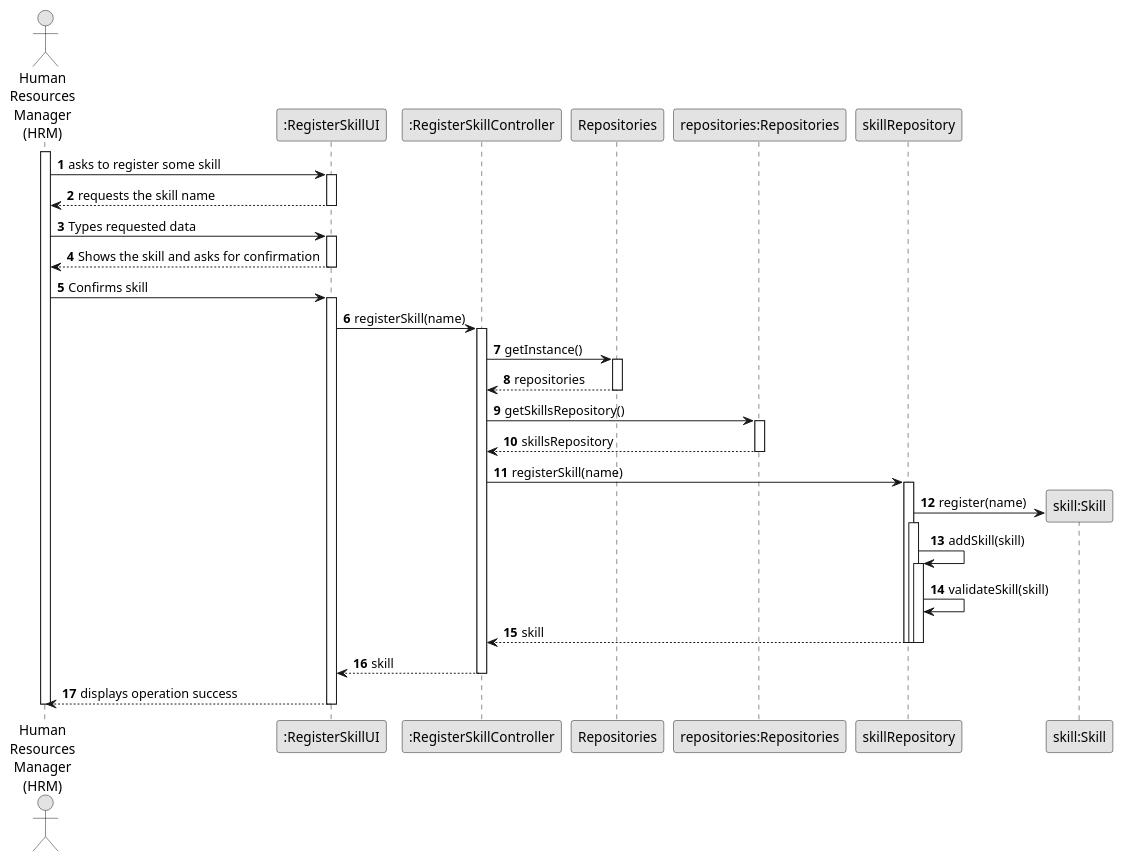
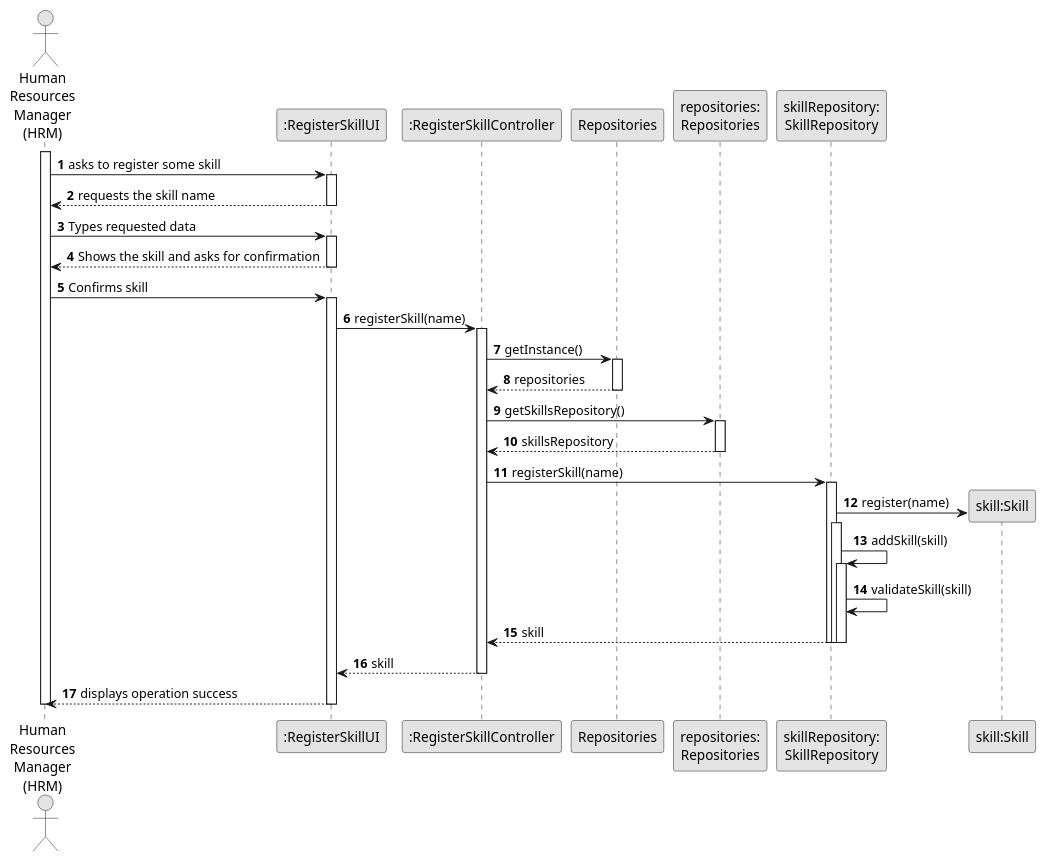
The diagram in docs/sprintB/us001/03.design/puml/us001-sequence-diagram-full.puml (diogoveirospro/lei-24-s2-1dg-g072), drawn with PlantUML before and after one commit. The commit also changed 27 other files, not shown here.

Commit message:
Changes to Sequence Diagrams for some USs

```diff
--- a/docs/sprintB/us001/03.design/puml/us001-sequence-diagram-full.puml
+++ b/docs/sprintB/us001/03.design/puml/us001-sequence-diagram-full.puml
@@ -1,78 +1,78 @@
 @startuml
 skinparam monochrome true
 skinparam packageStyle rectangle
 skinparam shadowing false
 
 autonumber
 
 'hide footbox
 actor "Human\nResources\nManager\n(HRM)" as HRM
 participant ":RegisterSkillUI" as UI
 participant ":RegisterSkillController" as CTRL
 participant Repositories
-participant "repositories:Repositories" as REP
-participant "skillRepository" as SREP
+participant "repositories:\nRepositories" as REP
+participant "skillRepository:\nSkillRepository" as SREP
 participant "skill:Skill" as skill
 
 activate HRM
 
 
         HRM -> UI : asks to register some skill
         activate UI
 
                 UI --> HRM : requests the skill name
         deactivate UI
         HRM -> UI: Types requested data
         activate UI
 
                 UI --> HRM : Shows the skill and asks for confirmation
         deactivate UI
         HRM -> UI : Confirms skill
         activate UI
 
                 UI -> CTRL: registerSkill(name)
 
                 activate CTRL
 
                         CTRL -> Repositories: getInstance()
 
                         activate Repositories
 
                                 Repositories --> CTRL: repositories
                         deactivate Repositories
 
                         CTRL -> REP: getSkillsRepository()
                         activate REP
 
                                 REP --> CTRL: skillsRepository
                         deactivate REP
                         CTRL -> SREP: registerSkill(name)
                         activate SREP
 
                                 SREP -> skill**: register(name)
                                 activate SREP
 
                                 SREP -> SREP: addSkill(skill)
                                         activate SREP
                                         SREP -> SREP: validateSkill(skill)
 
 
 
 
 
                                 SREP --> CTRL: skill
 
                                         deactivate SREP
 
                                 deactivate SREP
 
                         deactivate SREP
 
                         CTRL --> UI: skill
                 deactivate CTRL
 
                 UI --> HRM: displays operation success
         deactivate UI
 deactivate HRM
 
 @enduml
```
